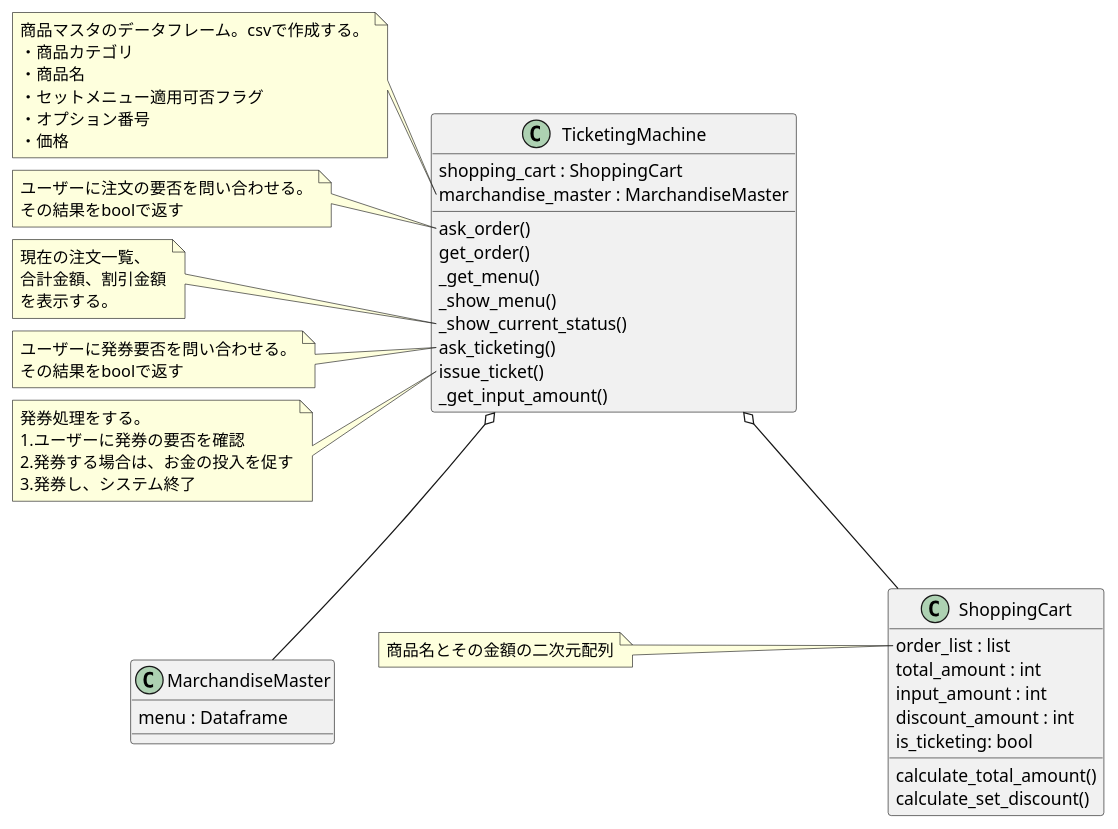
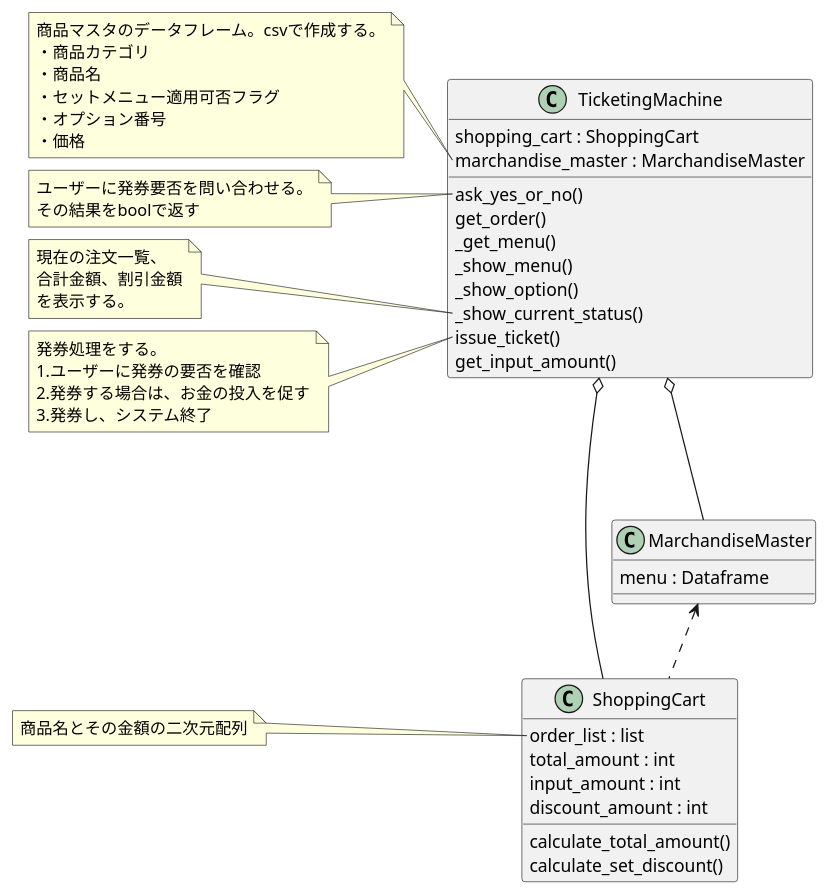
One commit to Design-Practice-Team/design changed the third of 6 diagrams in AP_H31_Spring_PM03/Suzuki/try1/ticket_machine.md. Above: the diagram before and after it, drawn with PlantUML. The commit also changed other lines of this file and 4 other files, not shown here.

````diff
--- a/AP_H31_Spring_PM03/Suzuki/try1/ticket_machine.md
+++ b/AP_H31_Spring_PM03/Suzuki/try1/ticket_machine.md
@@ -68,76 +68,76 @@
 ```plantuml
 @startuml
 TicketingMachine o-- ShoppingCart
 TicketingMachine o-- MarchandiseMaster
+MarchandiseMaster <.. ShoppingCart
 
 class TicketingMachine {
     shopping_cart : ShoppingCart
     marchandise_master : MarchandiseMaster
-    ask_order()
+    ask_yes_or_no()
     get_order()
     _get_menu()
     _show_menu()
+    _show_option()
     _show_current_status()
-    ask_ticketing()
     issue_ticket()
-    _get_input_amount()
+    get_input_amount()
 }
 
 note left of TicketingMachine::marchandise_master
     商品マスタのデータフレーム。csvで作成する。
     ・商品カテゴリ
     ・商品名
     ・セットメニュー適用可否フラグ
     ・オプション番号
     ・価格
 end note
 
-note left of TicketingMachine::ask_order()
-    ユーザーに注文の要否を問い合わせる。
+note left of TicketingMachine::ask_yes_or_no()
+    ユーザーにyesかnoかを問い合わせる。
     その結果をboolで返す
 end note 
 
 note left of TicketingMachine::_show_current_status()
     現在の注文一覧、
     合計金額、割引金額
     を表示する。
 end note
 
-note left of TicketingMachine::ask_ticketing()
+note left of TicketingMachine::ask_yes_or_no()
     ユーザーに発券要否を問い合わせる。
     その結果をboolで返す
 end note
 
 note left of TicketingMachine::issue_ticket
     発券処理をする。
     1.ユーザーに発券の要否を確認
     2.発券する場合は、お金の投入を促す
     3.発券し、システム終了
 end note
 
 class ShoppingCart {
     order_list : list
     total_amount : int
     input_amount : int
     discount_amount : int
-    is_ticketing: bool
     calculate_total_amount()
     calculate_set_discount()
 }
 
 note left of ShoppingCart::order_list
     商品名とその金額の二次元配列
 end note
 
-note left of ShoppingCart::check_ticketing()
+note left of ShoppingCart::ask_yes_or_no()
     発券可能な状態か判定する。発券可能となる条件は下記。
     ・order_listを参照し、メインメニューが1つ選択されている
     ・投入金額 > 合計商品 となる場合
 end note
 
 class MarchandiseMaster {
     menu : Dataframe
 }
 
 @enduml
 ```
````
